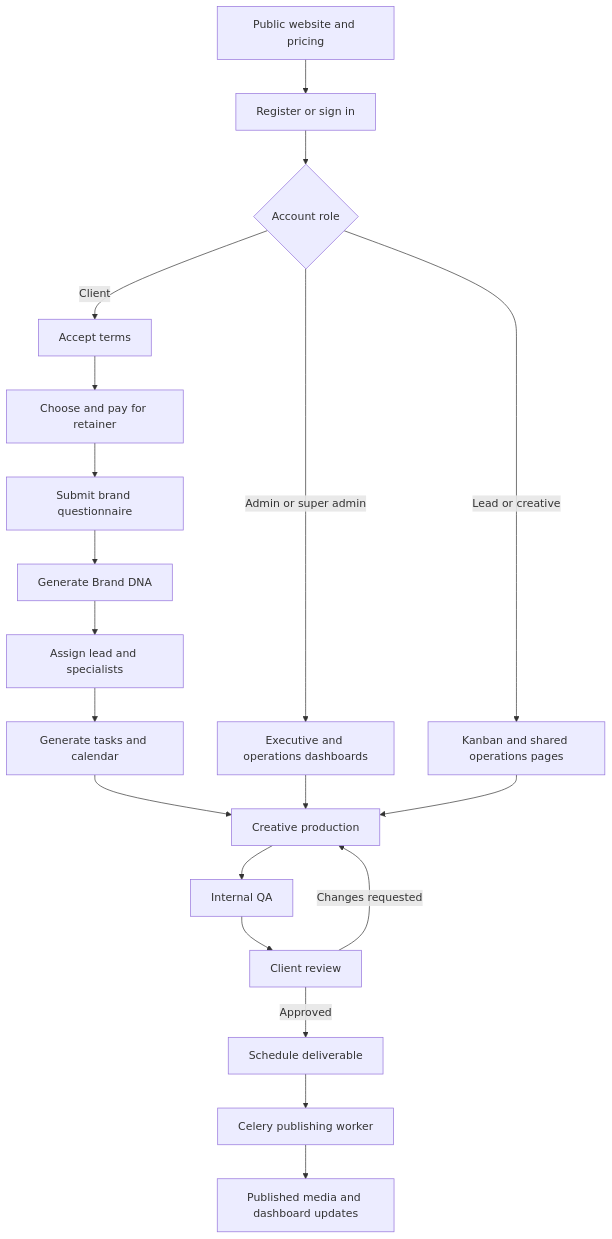
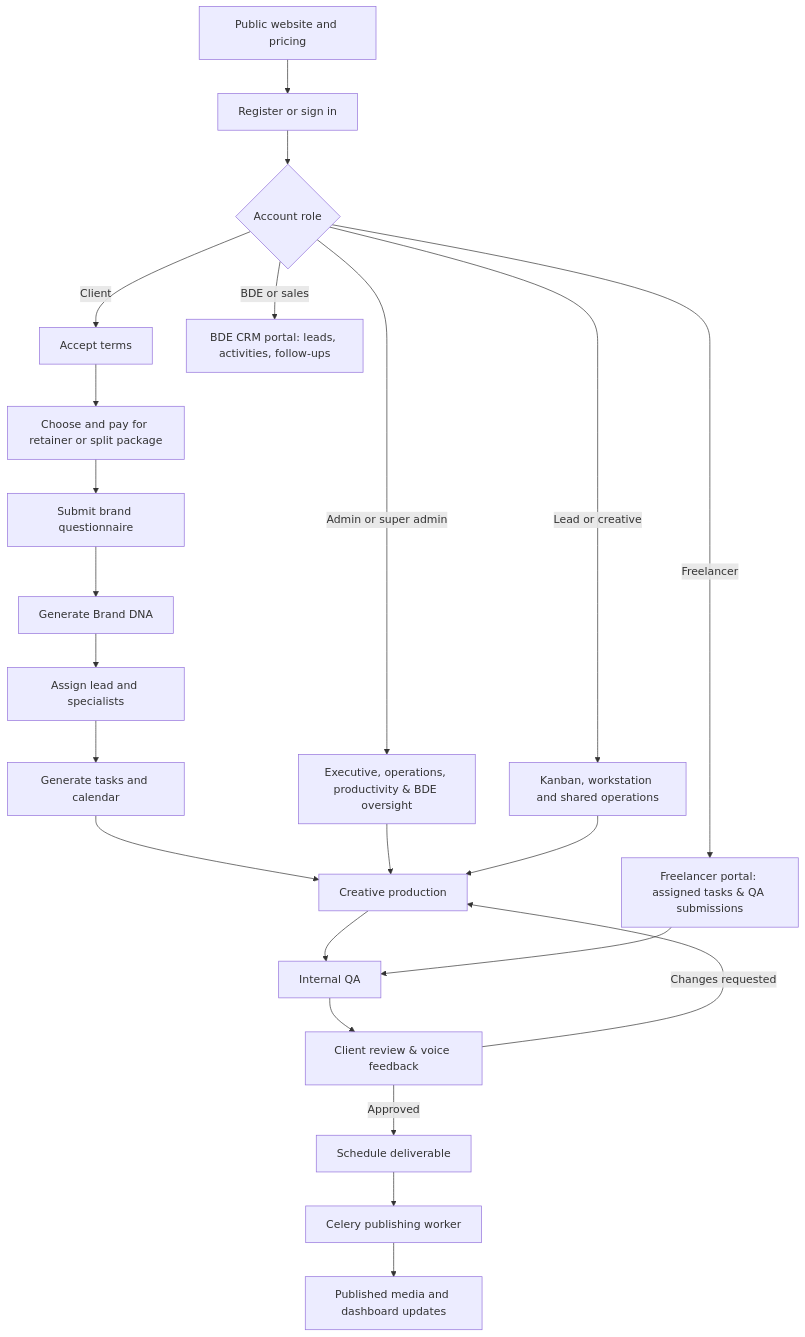
The diagram in WORKFLOW-AND-ALGORITHMS.md (Yogzzz-hub/creo), drawn with Mermaid before and after one commit. The commit also changed other lines of this file and 24 other files, not shown here.

Commit message:
feat: bde sales onboarding, slack role chats, freelancer earnings calculator and upload portal

````diff
--- a/WORKFLOW-AND-ALGORITHMS.md
+++ b/WORKFLOW-AND-ALGORITHMS.md
@@ -51,22 +48,25 @@
 ```mermaid
 flowchart TD
     A[Public website and pricing] --> B[Register or sign in]
     B --> C{Account role}
     C -->|Client| D[Accept terms]
-    D --> E[Choose and pay for retainer]
+    D --> E[Choose and pay for retainer or split package]
     E --> F[Submit brand questionnaire]
     F --> G[Generate Brand DNA]
     G --> H[Assign lead and specialists]
     H --> I[Generate tasks and calendar]
     I --> J[Creative production]
     J --> K[Internal QA]
-    K --> L[Client review]
+    K --> L[Client review & voice feedback]
     L -->|Changes requested| J
     L -->|Approved| M[Schedule deliverable]
     M --> N[Celery publishing worker]
     N --> O[Published media and dashboard updates]
-    C -->|Admin or super admin| P[Executive and operations dashboards]
-    C -->|Lead or creative| Q[Kanban and shared operations pages]
+    C -->|Admin or super admin| P[Executive, operations, productivity & BDE oversight]
+    C -->|Lead or creative| Q[Kanban, workstation and shared operations]
+    C -->|BDE or sales| R[BDE CRM portal: leads, activities, follow-ups]
+    C -->|Freelancer| S[Freelancer portal: assigned tasks & QA submissions]
     P --> J
     Q --> J
+    S --> K
 ```
````
